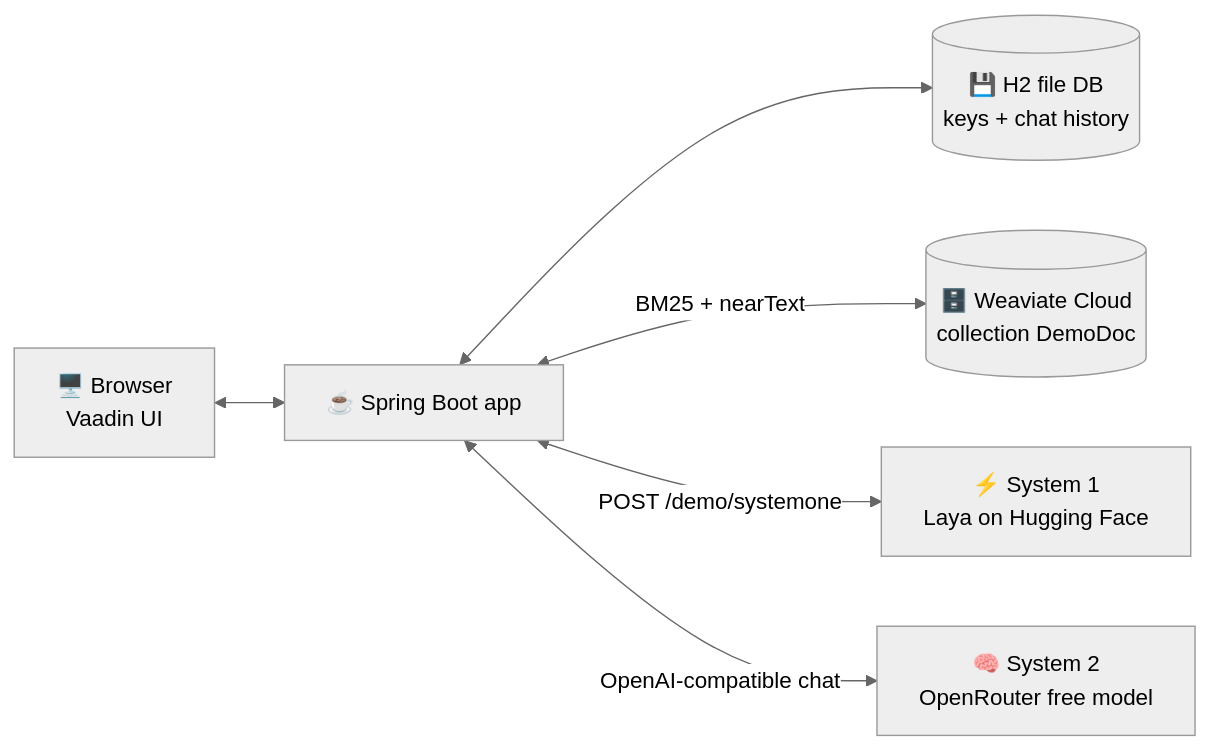
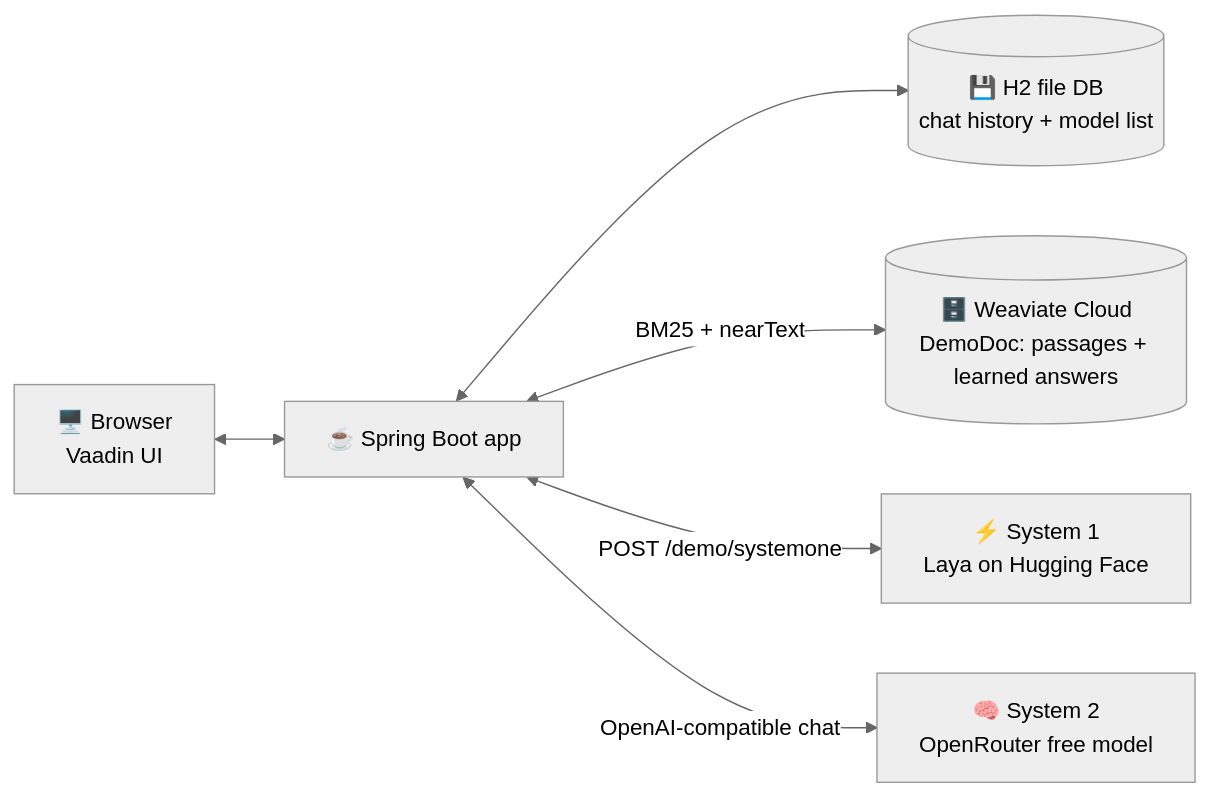
The first of 2 diagrams in architecture.md (letrthang/spring-ai-with-hybrid-search-and-system-one-typesafe-jev), drawn with Mermaid (neutral theme) before and after one commit. The commit also changed other lines of this file, not shown here.

First line of the commit message:
docs: architecture.md — every change up to 1.0.0 + Spring AI classes per feature (#105) (#106)

````diff
--- a/architecture.md
+++ b/architecture.md
@@ -16,8 +26,8 @@
 ```mermaid
 flowchart LR
     B[🖥️ Browser<br/>Vaadin UI] <--> APP[☕ Spring Boot app]
-    APP <--> H2[(💾 H2 file DB<br/>keys + chat history)]
-    APP <-->|BM25 + nearText| W[(🗄️ Weaviate Cloud<br/>collection DemoDoc)]
+    APP <--> H2[(💾 H2 file DB<br/>chat history + model list)]
+    APP <-->|BM25 + nearText| W[(🗄️ Weaviate Cloud<br/>DemoDoc: passages + learned answers)]
     APP <-->|POST /demo/systemone| S1[⚡ System 1<br/>Laya on Hugging Face]
     APP <-->|OpenAI-compatible chat| S2[🧠 System 2<br/>OpenRouter free model]
 ```
````
